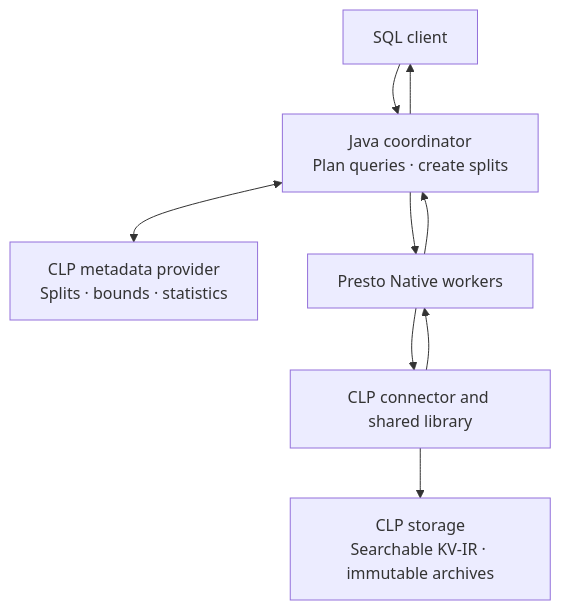
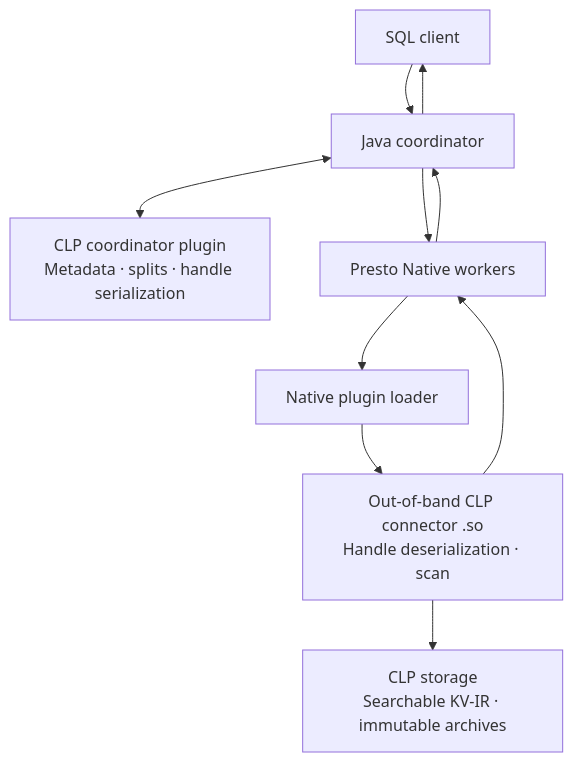
The diagram in presto-blog/presto-clp-draft.md (y-scope/presto-blogs-collab), drawn with Mermaid before and after one commit. The commit also changed other lines of this file and 2 other files, not shown here.

Commit message:
Revise CLP Presto article and outlines

```diff
--- a/presto-blog/presto-clp-draft.md
+++ b/presto-blog/presto-clp-draft.md
@@ -105,18 +55,20 @@
 ~~~mermaid
 flowchart TB
     client["SQL client"]
-    coordinator["Java coordinator<br/>Plan queries · create splits"]
-    metadata["CLP metadata provider<br/>Splits · bounds · statistics"]
+    coordinator["Java coordinator"]
+    javaPlugin["CLP coordinator plugin<br/>Metadata · splits · handle serialization"]
     workers["Presto Native workers"]
-    plugin["CLP connector and shared library"]
+    loader["Native plugin loader"]
+    plugin["Out-of-band CLP connector .so<br/>Handle deserialization · scan"]
     storage["CLP storage<br/>Searchable KV-IR · immutable archives"]
 
     client --> coordinator
-    coordinator <--> metadata
+    coordinator <--> javaPlugin
     coordinator --> workers
-    workers --> plugin
+    workers --> loader
+    loader --> plugin
     plugin --> storage
     plugin --> workers
     workers --> coordinator
     coordinator --> client
 ~~~
```
